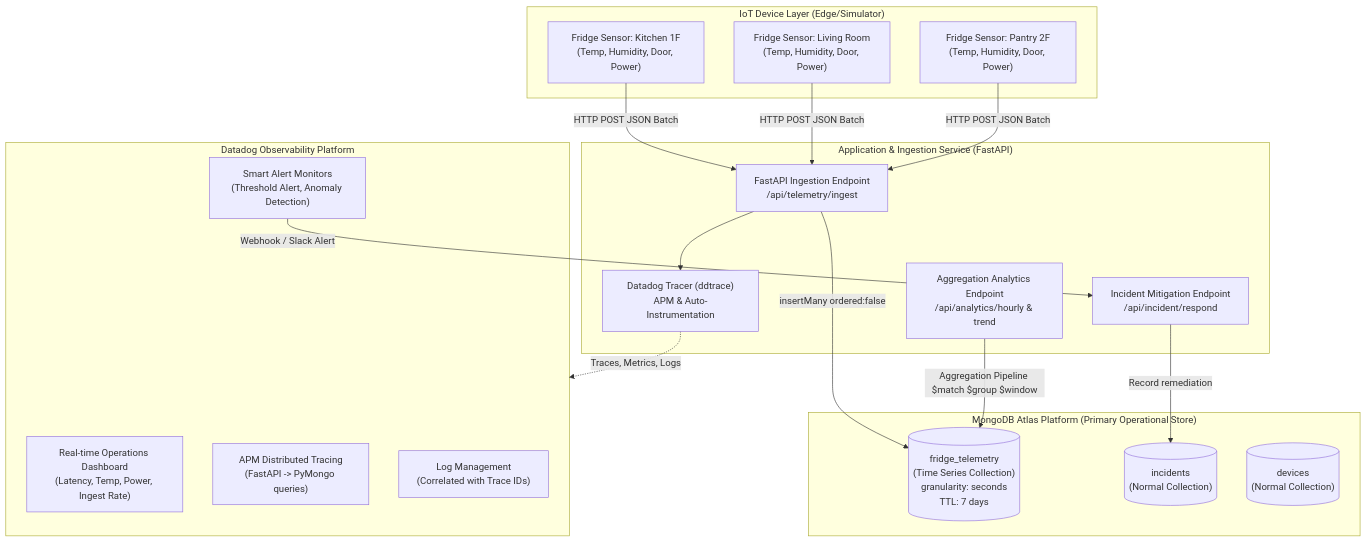
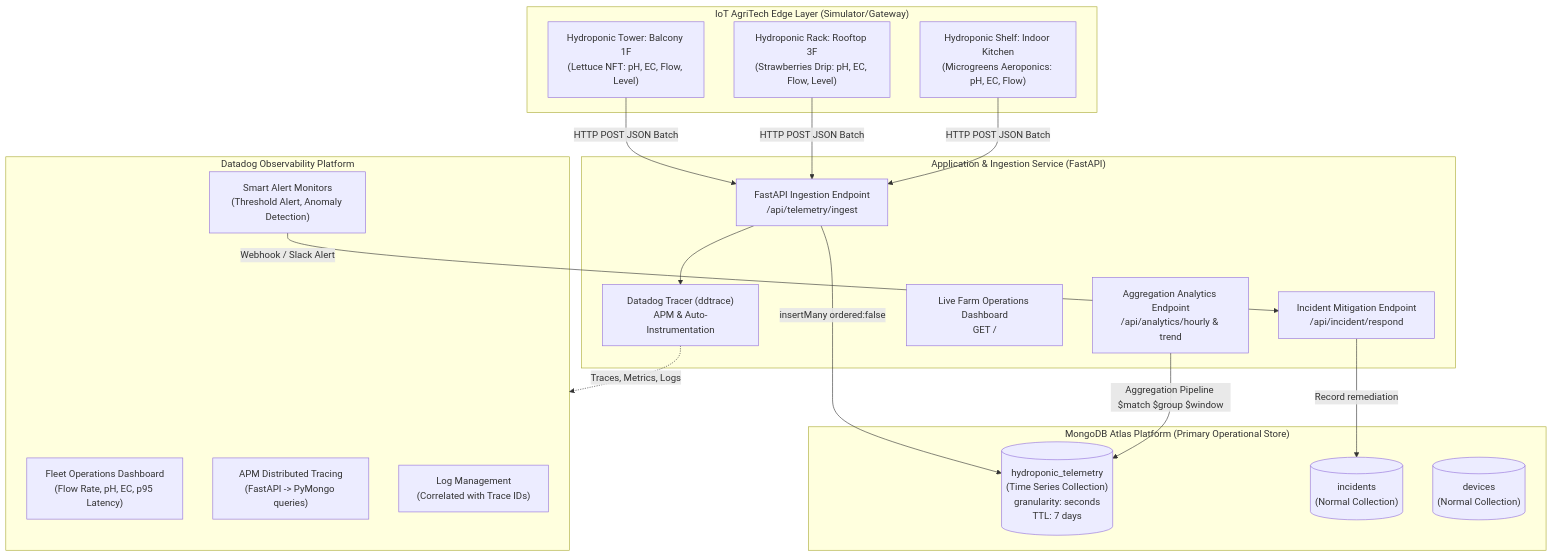
One commit to vdban/mug-hackathon-2026-iot changed the diagram in docs/ARCHITECTURE.md. Above: the diagram before and after it, drawn with Mermaid. The commit also changed other lines of this file and 21 other files, not shown here.

Commit message:
Transform project domain to Smart Hydroponics Real-time Operations (AgriTech & ESG)

````diff
--- a/docs/ARCHITECTURE.md
+++ b/docs/ARCHITECTURE.md
@@ -7,40 +7,41 @@
 ```mermaid
 flowchart TD
-    subgraph IoT_Edge ["IoT Device Layer (Edge/Simulator)"]
-        S1["Fridge Sensor: Kitchen 1F\n(Temp, Humidity, Door, Power)"]
-        S2["Fridge Sensor: Living Room\n(Temp, Humidity, Door, Power)"]
-        S3["Fridge Sensor: Pantry 2F\n(Temp, Humidity, Door, Power)"]
+    subgraph IoT_Edge ["IoT AgriTech Edge Layer (Simulator/Gateway)"]
+        S1["Hydroponic Tower: Balcony 1F\n(Lettuce NFT: pH, EC, Flow, Level)"]
+        S2["Hydroponic Rack: Rooftop 3F\n(Strawberries Drip: pH, EC, Flow, Level)"]
+        S3["Hydroponic Shelf: Indoor Kitchen\n(Microgreens Aeroponics: pH, EC, Flow)"]
     end
 
     subgraph Backend_Layer ["Application & Ingestion Service (FastAPI)"]
         API["FastAPI Ingestion Endpoint\n/api/telemetry/ingest"]
         AnAPI["Aggregation Analytics Endpoint\n/api/analytics/hourly & trend"]
         ResAPI["Incident Mitigation Endpoint\n/api/incident/respond"]
+        WebUI["Live Farm Operations Dashboard\nGET /"]
         DDTracer["Datadog Tracer (ddtrace)\nAPM & Auto-Instrumentation"]
         API --> DDTracer
     end
 
     subgraph MongoDB_Layer ["MongoDB Atlas Platform (Primary Operational Store)"]
-        TSColl[("fridge_telemetry\n(Time Series Collection)\ngranularity: seconds\nTTL: 7 days")]
+        TSColl[("hydroponic_telemetry\n(Time Series Collection)\ngranularity: seconds\nTTL: 7 days")]
         IncColl[("incidents\n(Normal Collection)")]
         DevColl[("devices\n(Normal Collection)")]
     end
 
     subgraph Datadog_Layer ["Datadog Observability Platform"]
-        DDDash["Real-time Operations Dashboard\n(Latency, Temp, Power, Ingest Rate)"]
+        DDDash["Fleet Operations Dashboard\n(Flow Rate, pH, EC, p95 Latency)"]
         DDMon["Smart Alert Monitors\n(Threshold Alert, Anomaly Detection)"]
         DDAPM["APM Distributed Tracing\n(FastAPI -> PyMongo queries)"]
         DDLogs["Log Management\n(Correlated with Trace IDs)"]
     end
 
     S1 -->|HTTP POST JSON Batch| API
     S2 -->|HTTP POST JSON Batch| API
     S3 -->|HTTP POST JSON Batch| API
 
     API -->|insertMany ordered:false| TSColl
     AnAPI -->|Aggregation Pipeline $match $group $window| TSColl
     ResAPI -->|Record remediation| IncColl
 
     DDTracer -.->|Traces, Metrics, Logs| Datadog_Layer
     DDMon -->|Webhook / Slack Alert| ResAPI
 ```
````
